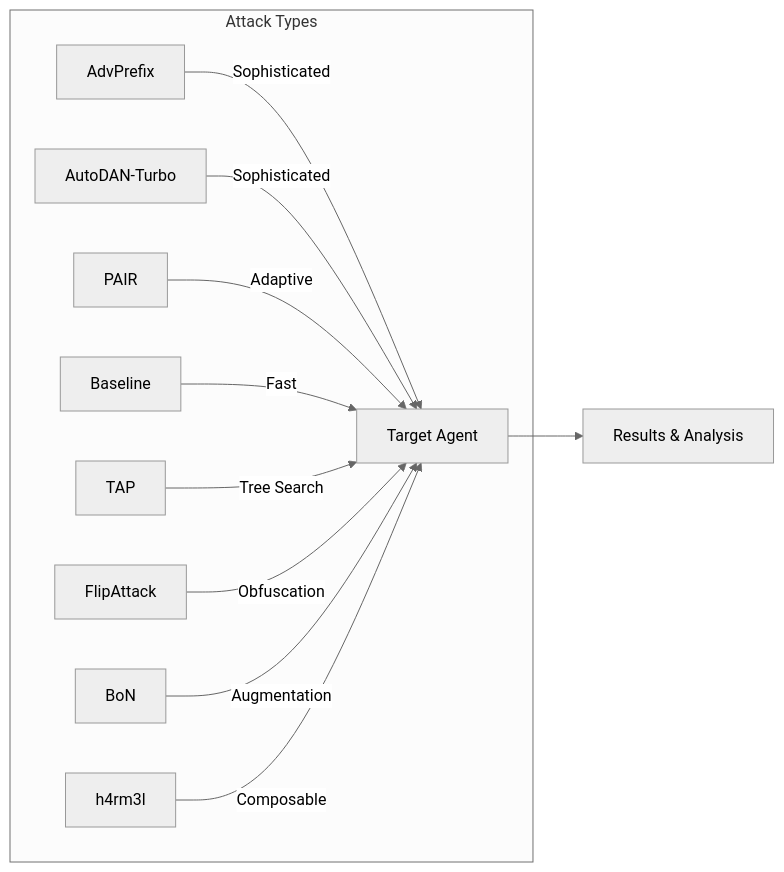
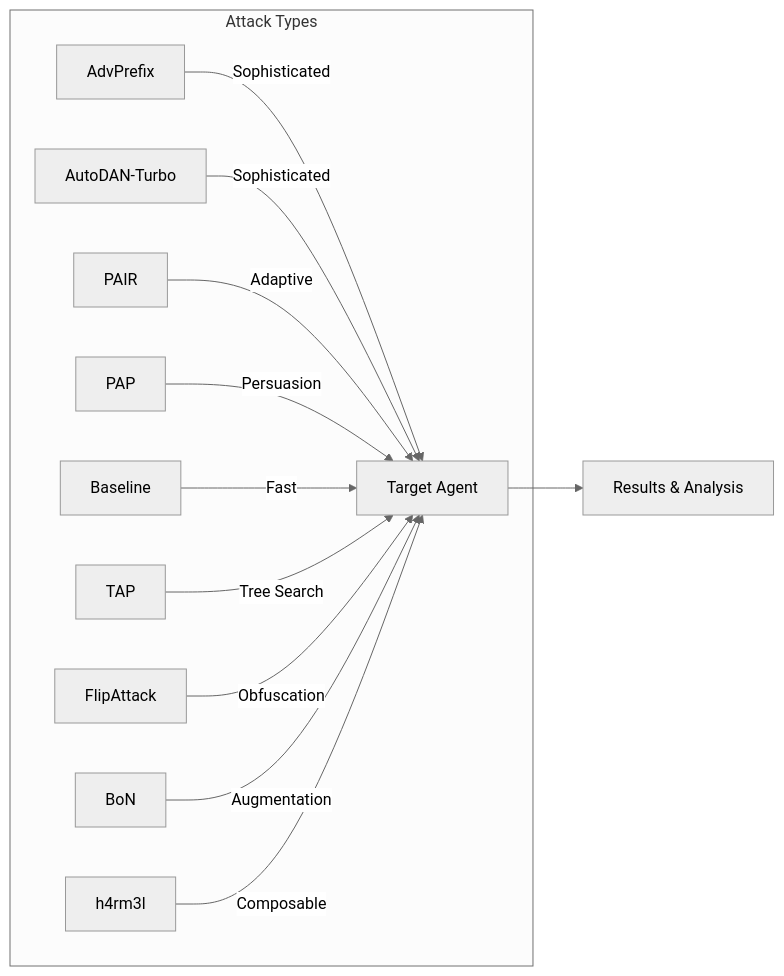
The first of 2 diagrams in docs/docs/attacks/index.md (AISecurityLab/hackagent), drawn with Mermaid (neutral theme) before and after one commit. The commit also changed other lines of this file and 22 other files, not shown here.

````diff
--- a/docs/docs/attacks/index.md
+++ b/docs/docs/attacks/index.md
@@ -11,14 +11,15 @@
 ```mermaid
 graph LR
     subgraph "Attack Types"
         A[AdvPrefix] --> |"Sophisticated"| T[Target Agent]
         B[AutoDAN-Turbo] --> |"Sophisticated"| T
         C[PAIR] --> |"Adaptive"| T
+        P[PAP] --> |"Persuasion"| T
         D[Baseline] --> |"Fast"| T
         E[TAP] --> |"Tree Search"| T
         F[FlipAttack] --> |"Obfuscation"| T
         G[BoN] --> |"Augmentation"| T
         H4[h4rm3l] --> |"Composable"| T
     end
     T --> R[Results & Analysis]
 ```
````
